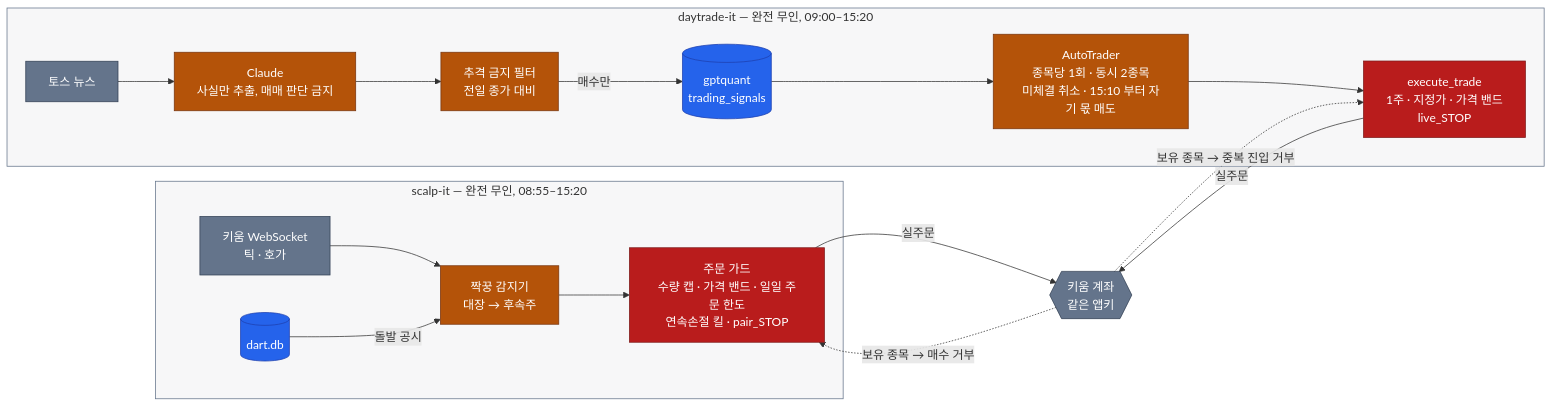
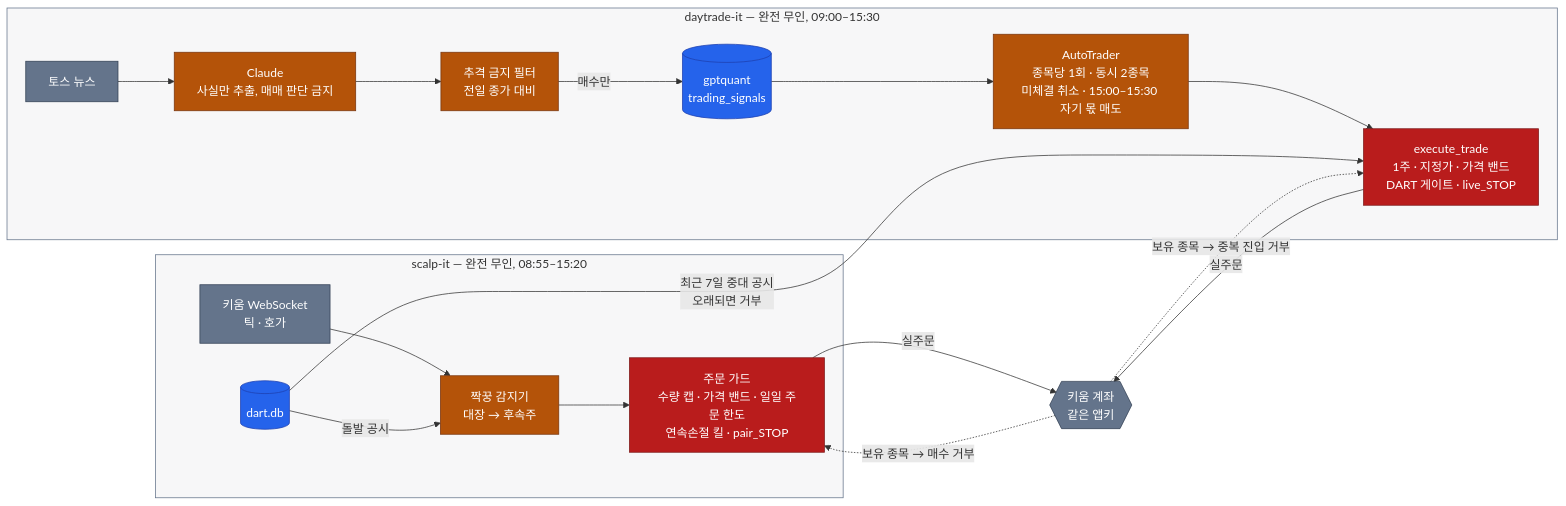
Before and after one commit to younghwan91/younghwan91: the third of 3 diagrams in README.ko.md, drawn with Mermaid. The commit also changed other lines of this file and 1 other file, not shown here.

Commit message:
docs(readme): daytrade-it DART 공시 게이트 연결·15:00 청산 반영
- DART 게이트가 실주문 경로에 들어갔다(daytrade-it 3d63908): scalp-it dart.db 의
  최근 7일 중대 공시면 진입 거부, 캐시가 없거나 오래돼도 거부. 다이어그램에
  dart.db → execute_trade 선을 긋고, daytrade-it 이 scalp-it DART 크론에 기댄다는
  의존을 적는다.
- 청산은 15:00 시작·호가 아래로 단계 재시도·15:30 동시호가까지(daytrade-it 48a8d86).
  시간표와 서브그래프 시간을 고친다.

Claude-Session: https://claude.ai/code/session_014wTKFS5hxgcLAZw3tZRb3r

````diff
--- a/README.ko.md
+++ b/README.ko.md
@@ -154,36 +154,38 @@
 ```mermaid
 flowchart LR
     subgraph SCP ["scalp-it — 완전 무인, 08:55–15:20"]
         WS["키움 WebSocket<br/>틱 · 호가"] --> DET["짝꿍 감지기<br/>대장 → 후속주"]
         DART[("dart.db")] -->|"돌발 공시"| DET
         DET --> GRD["주문 가드<br/>수량 캡 · 가격 밴드 · 일일 주문 한도<br/>연속손절 킬 · pair_STOP"]
     end
 
-    subgraph DTP ["daytrade-it — 완전 무인, 09:00–15:20"]
+    subgraph DTP ["daytrade-it — 완전 무인, 09:00–15:30"]
         TOSS["토스 뉴스"] --> CL["Claude<br/>사실만 추출, 매매 판단 금지"]
         CL --> TC["추격 금지 필터<br/>전일 종가 대비"]
         TC -->|"매수만"| SIG[("gptquant<br/>trading_signals")]
-        SIG --> AT["AutoTrader<br/>종목당 1회 · 동시 2종목<br/>미체결 취소 · 15:10 부터 자기 몫 매도"]
-        AT --> ET["execute_trade<br/>1주 · 지정가 · 가격 밴드<br/>live_STOP"]
+        SIG --> AT["AutoTrader<br/>종목당 1회 · 동시 2종목<br/>미체결 취소 · 15:00–15:30 자기 몫 매도"]
+        AT --> ET["execute_trade<br/>1주 · 지정가 · 가격 밴드<br/>DART 게이트 · live_STOP"]
     end
 
     ACC{{"키움 계좌<br/>같은 앱키"}}
+
+    DART -->|"최근 7일 중대 공시<br/>오래되면 거부"| ET
 
     GRD -->|"실주문"| ACC
     ET -->|"실주문"| ACC
     ACC -. "보유 종목 → 매수 거부" .-> GRD
     ACC -. "보유 종목 → 중복 진입 거부" .-> ET
 
     classDef live fill:#B45309,stroke:#78350F,color:#FFFFFF
     classDef store fill:#2563EB,stroke:#1E40AF,color:#FFFFFF
     classDef gate fill:#B91C1C,stroke:#7F1D1D,color:#FFFFFF
     classDef ext fill:#64748B,stroke:#334155,color:#FFFFFF
 
     class DET,CL,TC,AT live
     class DART,SIG store
     class GRD,ET gate
     class WS,TOSS,ACC ext
 
     style SCP fill:#0F172A08,stroke:#64748B
     style DTP fill:#0F172A08,stroke:#64748B
 ```
````
